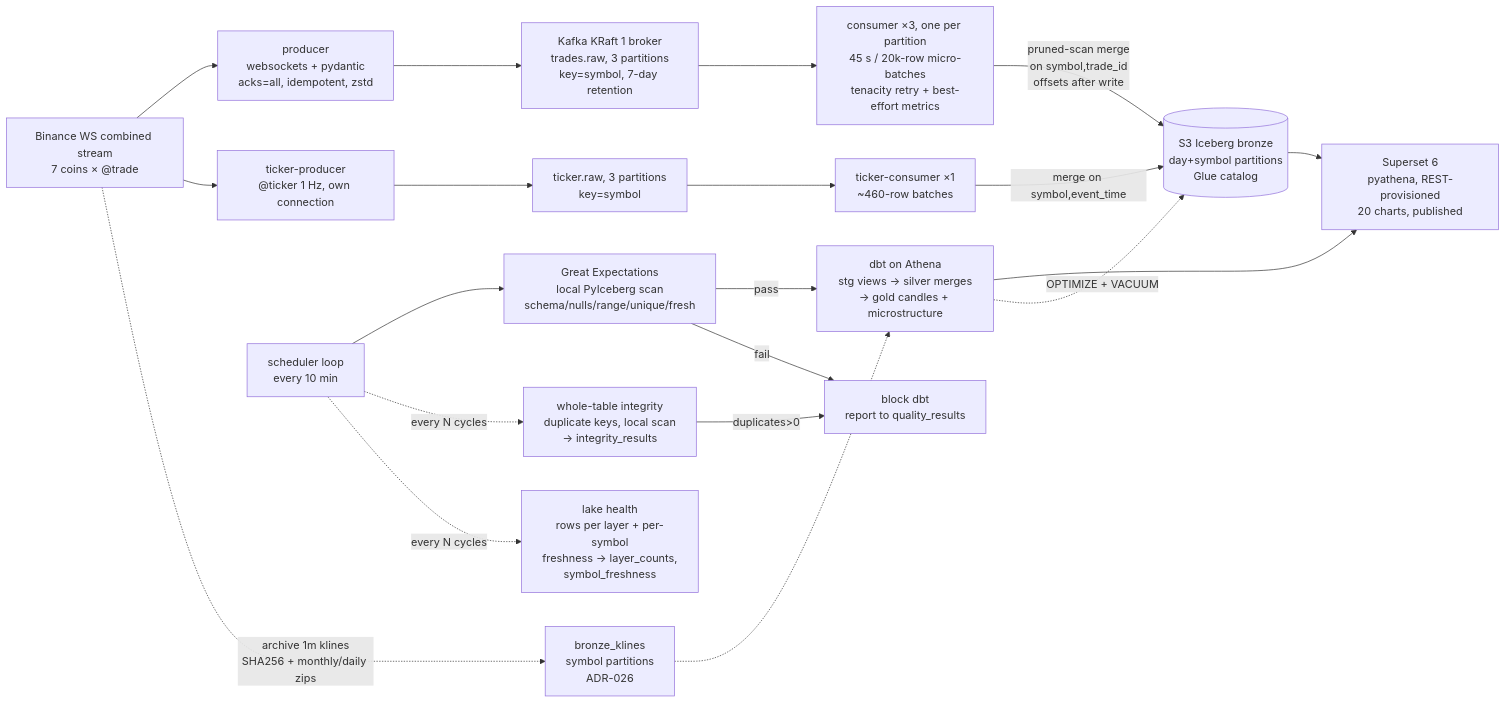
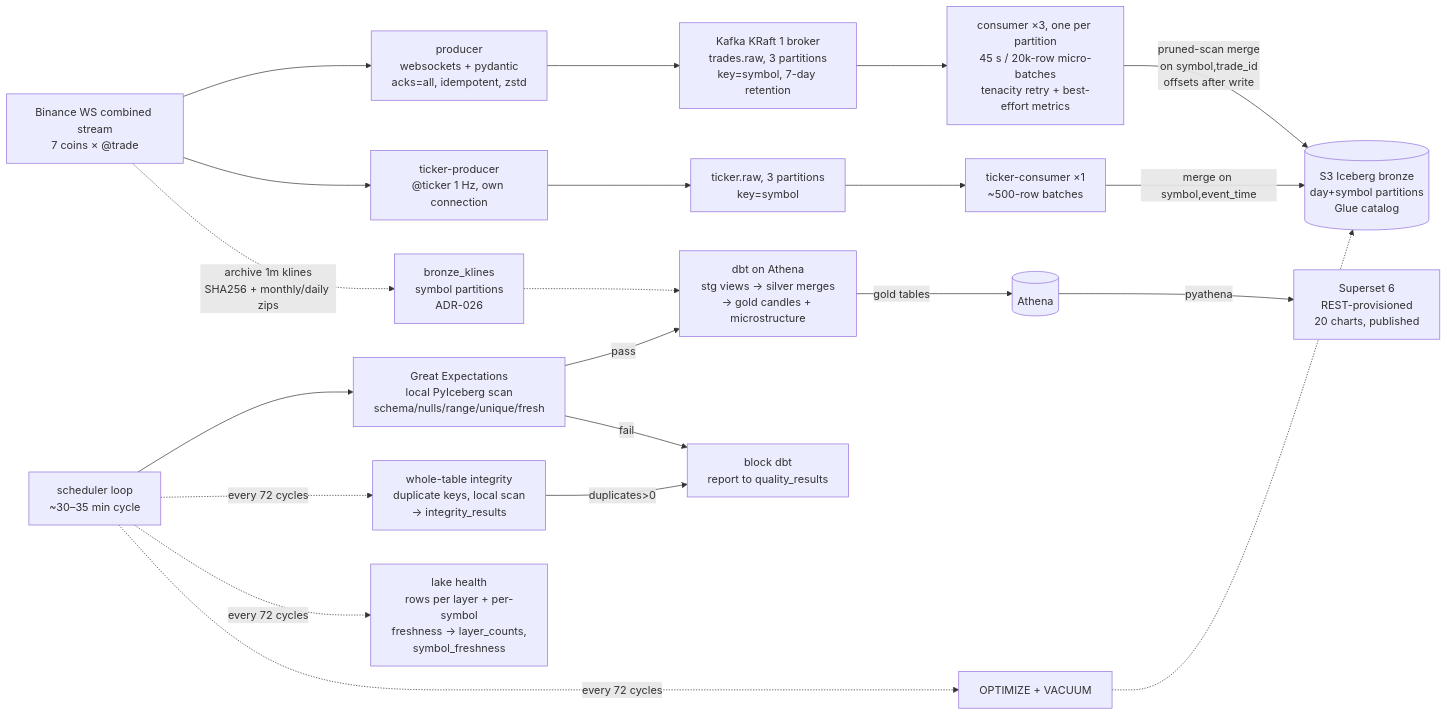
The diagram in docs/architecture.md (Danselem/tickstream), drawn with Mermaid before and after one commit. The commit also changed other lines of this file and 5 other files, not shown here.

Commit message:
docs: align architecture, runbook and cost with live behavior

````diff
--- a/docs/architecture.md
+++ b/docs/architecture.md
@@ -3,22 +3,23 @@
 ```mermaid
 flowchart LR
     BIN["Binance WS combined stream<br/>7 coins × @trade"] --> PROD[producer<br/>websockets + pydantic<br/>acks=all, idempotent, zstd]
     PROD --> KAFKA[Kafka KRaft 1 broker<br/>trades.raw, 3 partitions<br/>key=symbol, 7-day retention]
     KAFKA --> CONS[consumer ×3, one per partition<br/>45 s / 20k-row micro-batches<br/>tenacity retry + best-effort metrics]
     BIN --> TPROD["ticker-producer<br/>@ticker 1 Hz, own connection"]
     TPROD --> TKAFKA[ticker.raw, 3 partitions<br/>key=symbol]
-    TKAFKA --> TCONS[ticker-consumer ×1<br/>~460-row batches]
+    TKAFKA --> TCONS[ticker-consumer ×1<br/>~500-row batches]
     TCONS -->|merge on symbol,event_time| S3
     CONS -->|pruned-scan merge<br/>on symbol,trade_id<br/>offsets after write| S3[(S3 Iceberg bronze<br/>day+symbol partitions<br/>Glue catalog)]
-    SCHED[scheduler loop<br/>every 10 min] --> GX[Great Expectations<br/>local PyIceberg scan<br/>schema/nulls/range/unique/fresh]
+    SCHED[scheduler loop<br/>~30–35 min cycle] --> GX[Great Expectations<br/>local PyIceberg scan<br/>schema/nulls/range/unique/fresh]
     GX -->|pass| DBT[dbt on Athena<br/>stg views → silver merges<br/>→ gold candles + microstructure]
     GX -->|fail| BLOCK[block dbt<br/>report to quality_results]
-    SCHED -.->|every N cycles| INT[whole-table integrity<br/>duplicate keys, local scan<br/>→ integrity_results]
+    SCHED -.->|every 72 cycles| INT[whole-table integrity<br/>duplicate keys, local scan<br/>→ integrity_results]
     INT -->|duplicates>0| BLOCK
-    SCHED -.->|every N cycles| HLTH[lake health<br/>rows per layer + per-symbol<br/>freshness → layer_counts,<br/>symbol_freshness]
+    SCHED -.->|every 72 cycles| HLTH[lake health<br/>rows per layer + per-symbol<br/>freshness → layer_counts,<br/>symbol_freshness]
     BIN -.->|archive 1m klines<br/>SHA256 + monthly/daily zips| BF[bronze_klines<br/>symbol partitions<br/>ADR-026]
     BF -.-> DBT
-    DBT --> SUP[Superset 6<br/>pyathena, REST-provisioned<br/>20 charts, published]
-    S3 --> SUP
-    DBT -.->|OPTIMIZE + VACUUM| S3
+    DBT -->|gold tables| ATH[(Athena)]
+    ATH -->|pyathena| SUP[Superset 6<br/>REST-provisioned<br/>20 charts, published]
+    SCHED -.->|every 72 cycles| MAINT[OPTIMIZE + VACUUM]
+    MAINT -.-> S3
 ```
````
